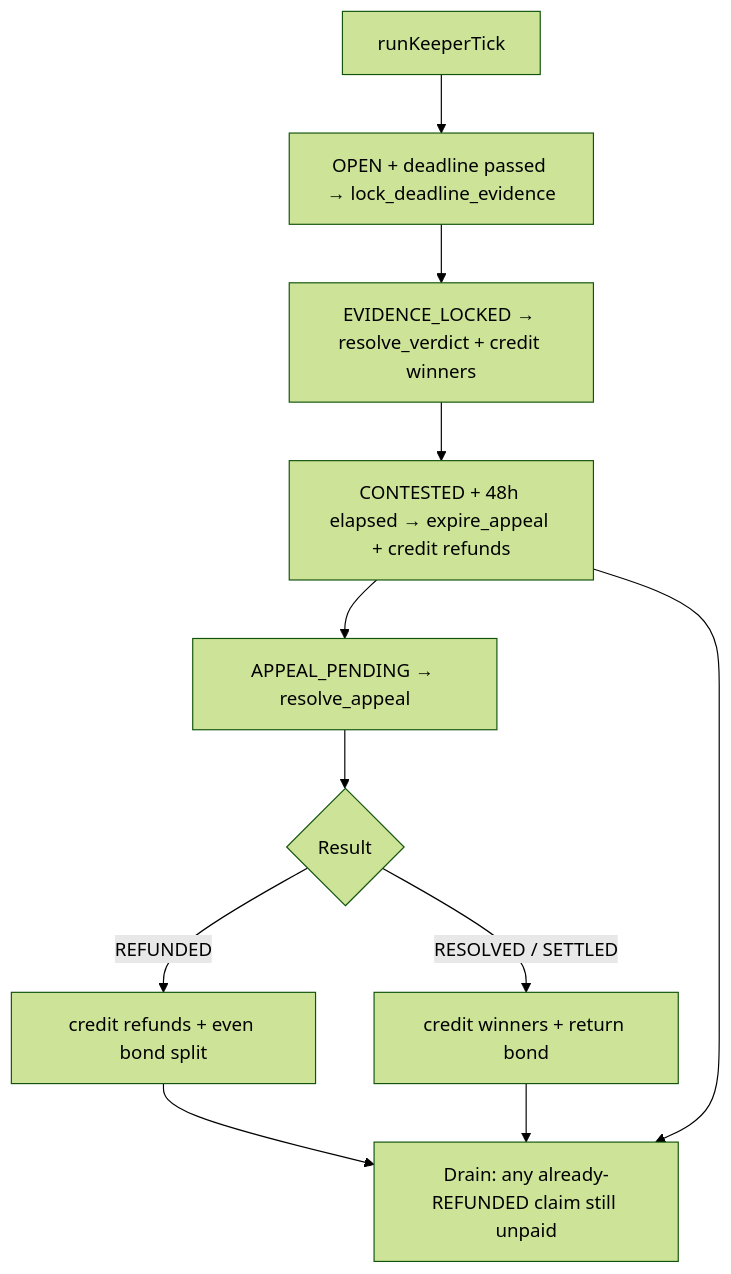
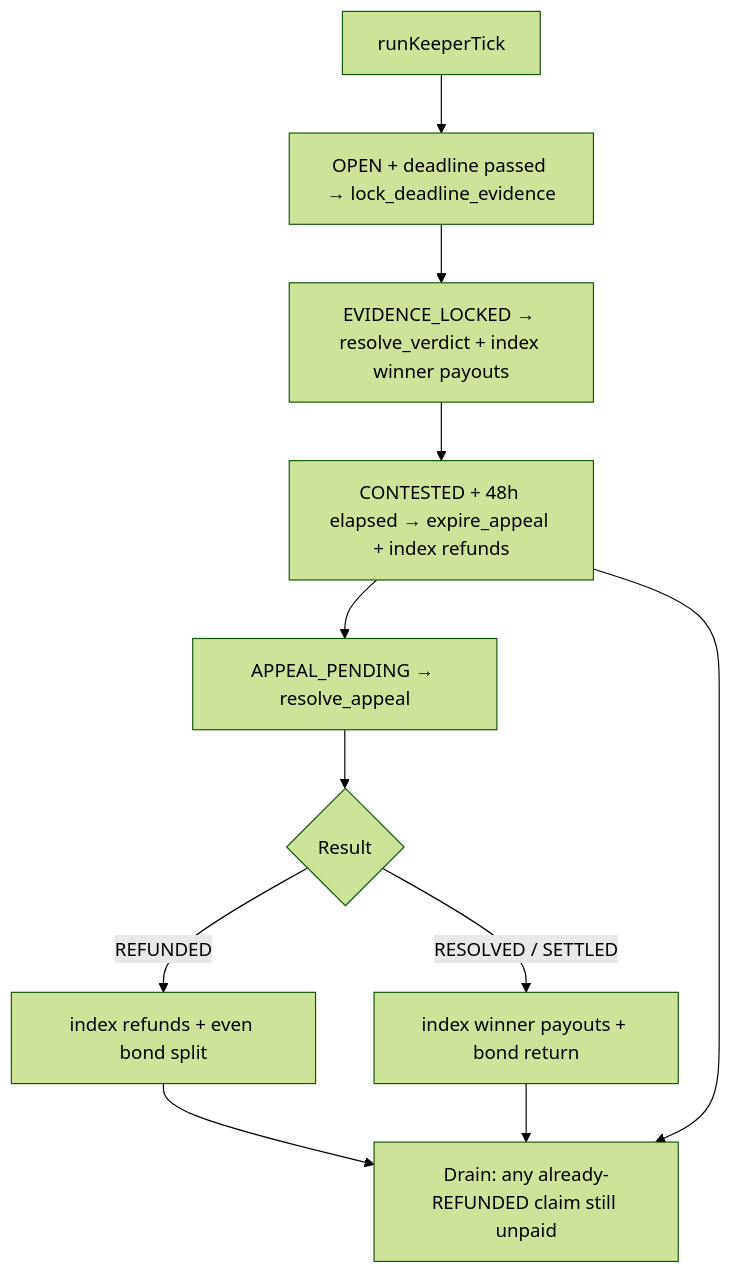
The third of 3 diagrams in README.md (edwarderlick/alpha-court), drawn with Mermaid (forest theme) before and after one commit. The commit also changed other lines of this file, not shown here.

First line of the commit message:
Stop leftover keeper-payout wording and delete unused sendAsKeeper credit path.

````diff
--- a/README.md
+++ b/README.md
@@ -129,13 +129,13 @@
 ```mermaid
 flowchart TD
   T[runKeeperTick] --> L[OPEN + deadline passed → lock_deadline_evidence]
-  L --> R[EVIDENCE_LOCKED → resolve_verdict + credit winners]
-  R --> E[CONTESTED + 48h elapsed → expire_appeal + credit refunds]
+  L --> R[EVIDENCE_LOCKED → resolve_verdict + index winner payouts]
+  R --> E[CONTESTED + 48h elapsed → expire_appeal + index refunds]
   E --> A[APPEAL_PENDING → resolve_appeal]
   A --> S{Result}
-  S -->|RESOLVED / SETTLED| W[credit winners + return bond]
-  S -->|REFUNDED| F[credit refunds + even bond split]
+  S -->|RESOLVED / SETTLED| W[index winner payouts + bond return]
+  S -->|REFUNDED| F[index refunds + even bond split]
   F --> D[Drain: any already-REFUNDED claim still unpaid]
   W --> D
   E --> D
 ```
````
